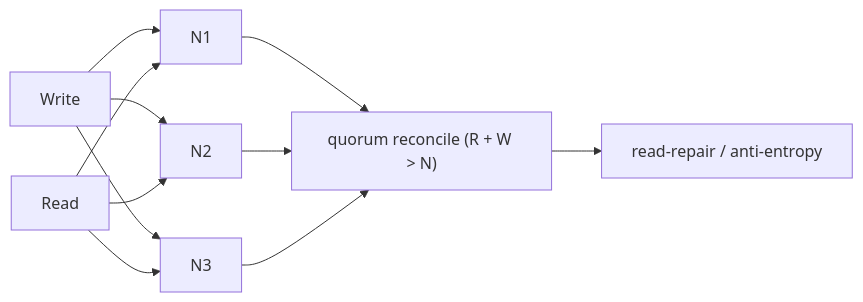
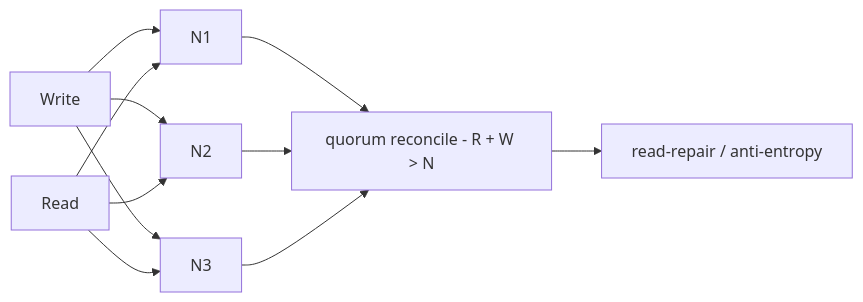
One commit to RIT-MESH/system-design-mastery changed the second of 2 diagrams in docs/03-data-storage/02-replication.md. Above: the diagram before and after it, drawn with Mermaid. The commit also changed 139 other files, not shown here.

First line of the commit message:
Fix Mermaid parse errors: replace parentheses in node labels across 140 files

````diff
--- a/docs/03-data-storage/02-replication.md
+++ b/docs/03-data-storage/02-replication.md
@@ -50,8 +50,8 @@
 ```mermaid
 %% created-for: system-design-mastery
 flowchart LR
   W["Write"] --> N1 & N2 & N3
   R["Read"] --> N1 & N2 & N3
-  N1 & N2 & N3 --> Q["quorum reconcile (R + W > N)"]
+  N1 & N2 & N3 --> Q["quorum reconcile - R + W > N"]
   Q --> RR["read-repair / anti-entropy"]
 ```
````
